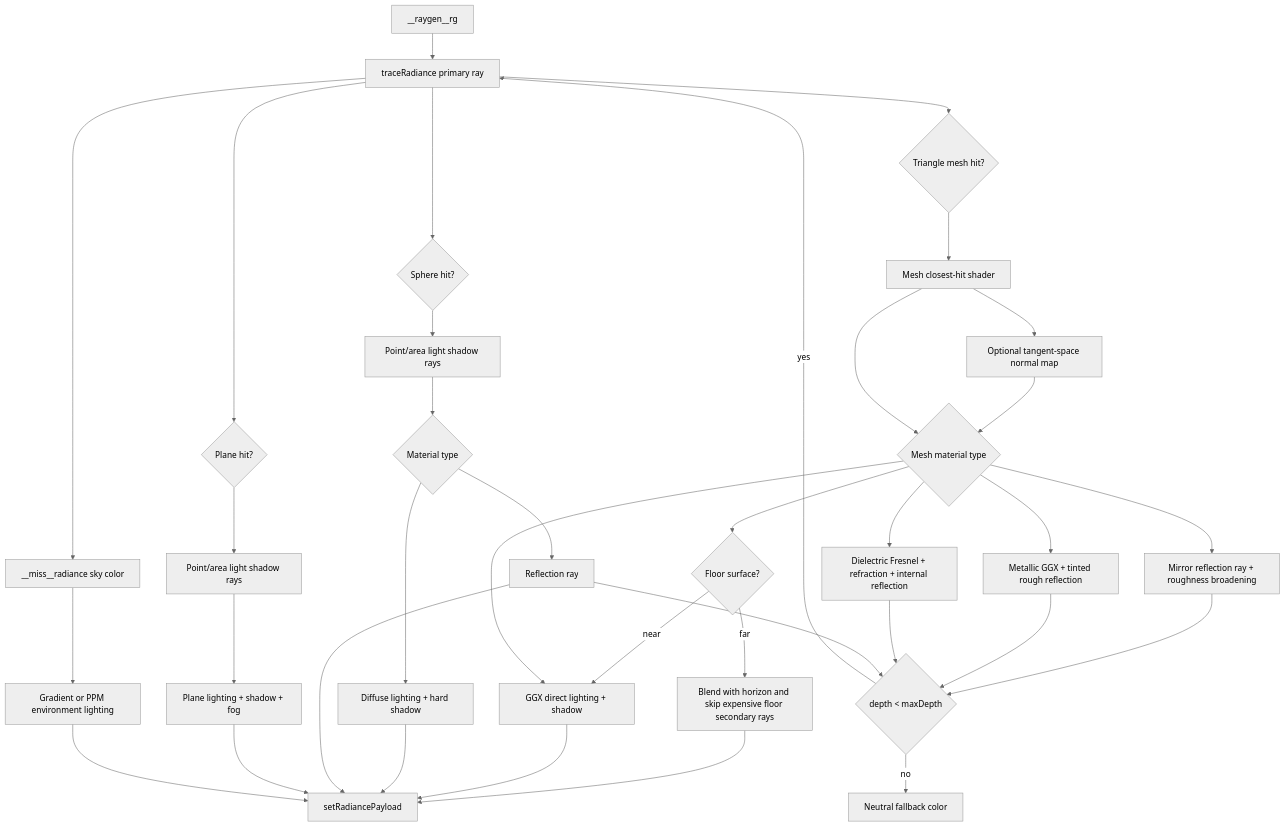
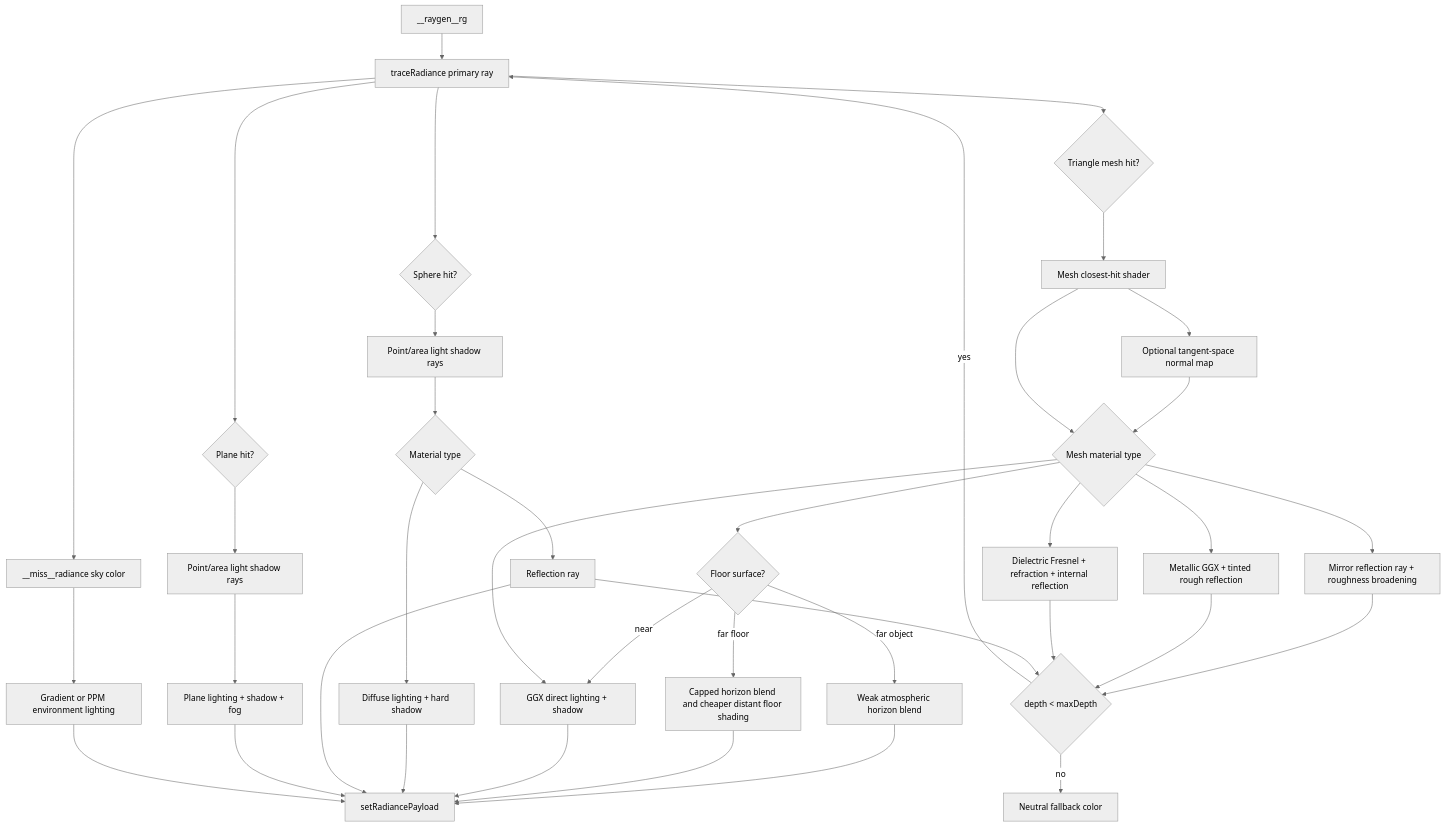
Before and after one commit to Tundraws/RayTracer: the third of 4 diagrams in RayTracerRTX/docs/architecture.md, drawn with Mermaid (neutral theme). The commit also changed 6 other files, not shown here.

Commit message:
fix: soften distant scene fade

````diff
--- a/RayTracerRTX/docs/architecture.md
+++ b/RayTracerRTX/docs/architecture.md
@@ -113,38 +113,40 @@
 ```mermaid
 flowchart TD
     RG["__raygen__rg"] --> Primary["traceRadiance primary ray"]
     Primary --> HitSphere{"Sphere hit?"}
     Primary --> HitMesh{"Triangle mesh hit?"}
     Primary --> HitPlane{"Plane hit?"}
     Primary --> Miss["__miss__radiance sky color"]
     Miss --> Environment["Gradient or PPM environment lighting"]
     HitSphere --> Shadow["Point/area light shadow rays"]
     HitMesh --> MeshClosestHit["Mesh closest-hit shader"]
     MeshClosestHit --> NormalMap["Optional tangent-space normal map"]
     NormalMap --> MeshMaterial
     MeshClosestHit --> MeshMaterial{"Mesh material type"}
     MeshMaterial --> FloorFade{"Floor surface?"}
     FloorFade -->|near| MeshDiffuse["GGX direct lighting + shadow"]
-    FloorFade -->|far| HorizonBlend["Blend with horizon and skip expensive floor secondary rays"]
+    FloorFade -->|far floor| HorizonBlend["Capped horizon blend and cheaper distant floor shading"]
+    FloorFade -->|far object| ObjectHaze["Weak atmospheric horizon blend"]
+    ObjectHaze --> Output
     HorizonBlend --> Output
     MeshMaterial --> MeshDiffuse["GGX direct lighting + shadow"]
     MeshMaterial --> MeshMirror["Mirror reflection ray + roughness broadening"]
     MeshMaterial --> MeshMetal["Metallic GGX + tinted rough reflection"]
     MeshMaterial --> MeshGlass["Dielectric Fresnel + refraction + internal reflection"]
     MeshMirror --> Depth
     MeshMetal --> Depth
     MeshGlass --> Depth
     MeshDiffuse --> Output
     Shadow --> Material{"Material type"}
     Material --> Diffuse["Diffuse lighting + hard shadow"]
     Material --> Mirror["Reflection ray"]
     Mirror --> Depth{"depth < maxDepth"}
     Depth -->|yes| Primary
     Depth -->|no| Fallback["Neutral fallback color"]
     HitPlane --> PlaneShadow["Point/area light shadow rays"]
     PlaneShadow --> PlaneLight["Plane lighting + shadow + fog"]
     Diffuse --> Output["setRadiancePayload"]
     Mirror --> Output
     PlaneLight --> Output
     Environment --> Output
 ```
````
